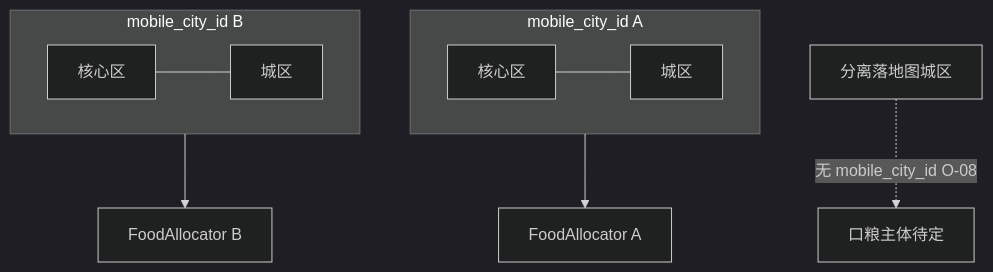
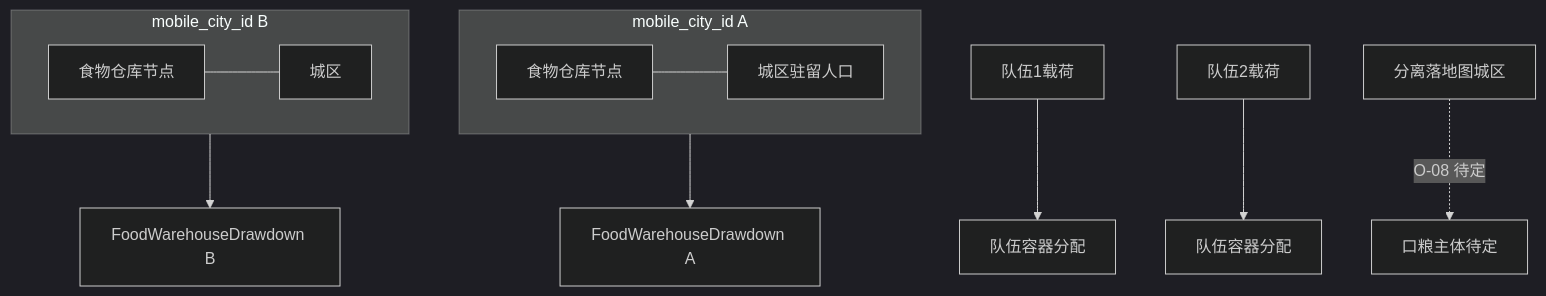
The second of 4 diagrams in Docs/01-草稿/口粮与周总结/口粮与周总结-流程与待决.md (Estrella6066773/DriveToLight), drawn with Mermaid (dark theme) before and after one commit. The commit also changed other lines of this file and 23 other files, not shown here.

````diff
--- a/Docs/01-草稿/口粮与周总结/口粮与周总结-流程与待决.md
+++ b/Docs/01-草稿/口粮与周总结/口粮与周总结-流程与待决.md
@@ -44,16 +41,18 @@
 ```mermaid
 flowchart TB
     subgraph MC1 [mobile_city_id A]
-        Core1[核心区]
-        D1[城区]
-        Core1 --- D1
+        WH1[食物仓库节点]
+        D1[城区驻留人口]
+        WH1 --- D1
     end
     subgraph MC2 [mobile_city_id B]
-        Core2[核心区]
+        WH2[食物仓库节点]
         D2[城区]
-        Core2 --- D2
+        WH2 --- D2
     end
-    MC1 --> AllocA[FoodAllocator A]
-    MC2 --> AllocB[FoodAllocator B]
-    D3[分离落地图城区] -.->|无 mobile_city_id O-08| Orphan[口粮主体待定]
+    MC1 --> DrawA[FoodWarehouseDrawdown A]
+    MC2 --> DrawB[FoodWarehouseDrawdown B]
+    Team1[队伍1载荷] --> AllocT1[队伍容器分配]
+    Team2[队伍2载荷] --> AllocT2[队伍容器分配]
+    D3[分离落地图城区] -.->|O-08 待定| Orphan[口粮主体待定]
 ```
````
